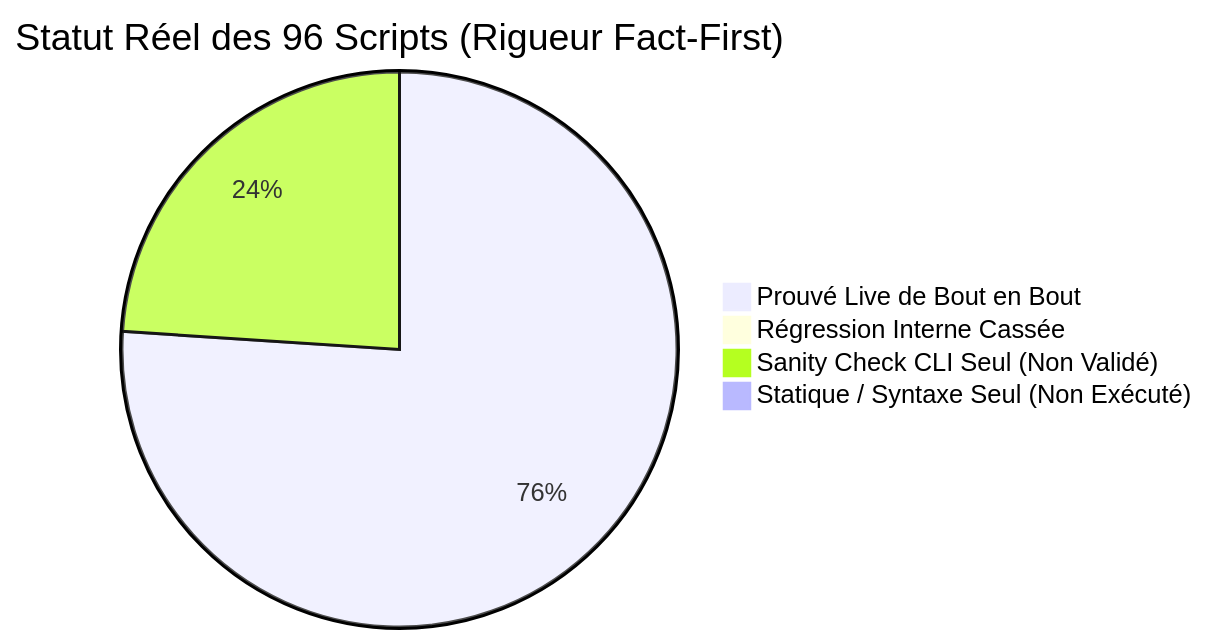
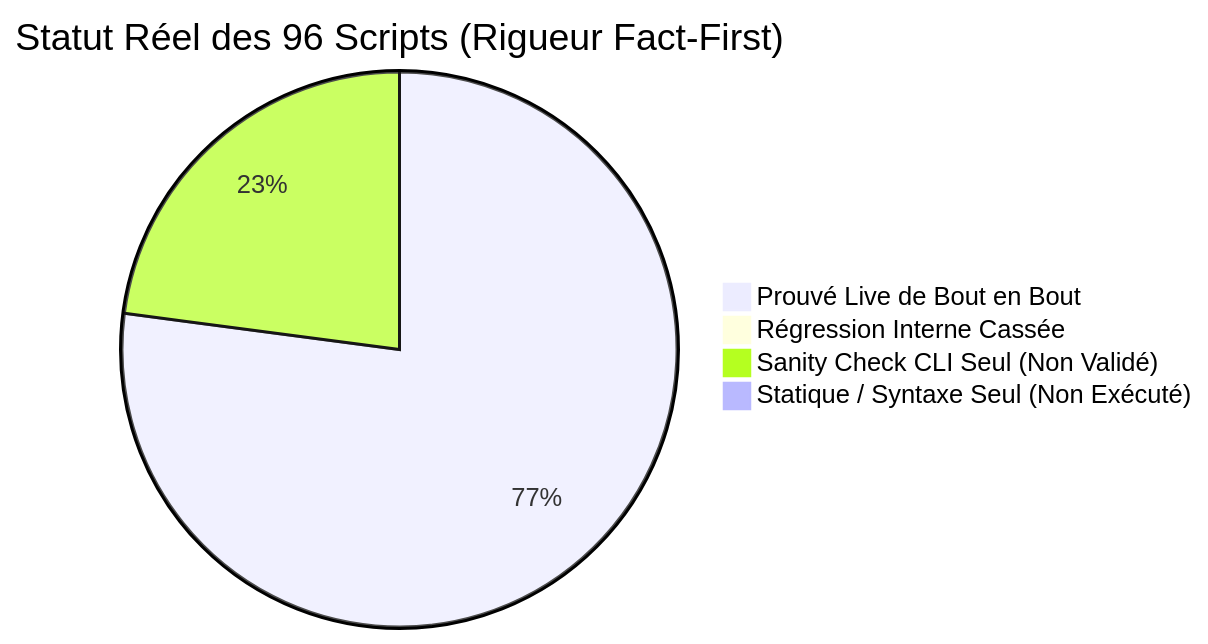
Before and after one commit to yoyonel/pydbsrt: the diagram in docs/reference/2026-11-10-audit-exhaustif-scripts-regressions.md, drawn with Mermaid. The commit also changed other lines of this file and 2 other files, not shown here.

Commit message:
fix(benchmarks): dynamic root, robust dbsrt resolution and cli check mode in scale up nas dataset (#69)

````diff
--- a/docs/reference/2026-11-10-audit-exhaustif-scripts-regressions.md
+++ b/docs/reference/2026-11-10-audit-exhaustif-scripts-regressions.md
@@ -16,7 +16,7 @@
 ```mermaid
 pie title Statut Réel des 96 Scripts (Rigueur Fact-First)
-    "Prouvé Live de Bout en Bout" : 73
+    "Prouvé Live de Bout en Bout" : 74
     "Régression Interne Cassée" : 0
-    "Sanity Check CLI Seul (Non Validé)" : 23
+    "Sanity Check CLI Seul (Non Validé)" : 22
     "Statique / Syntaxe Seul (Non Exécuté)" : 0
 ```
````
